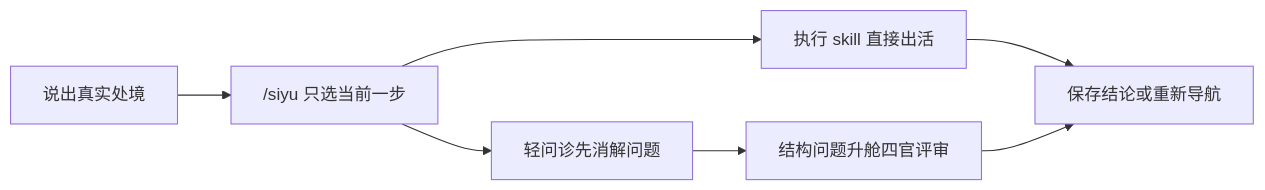
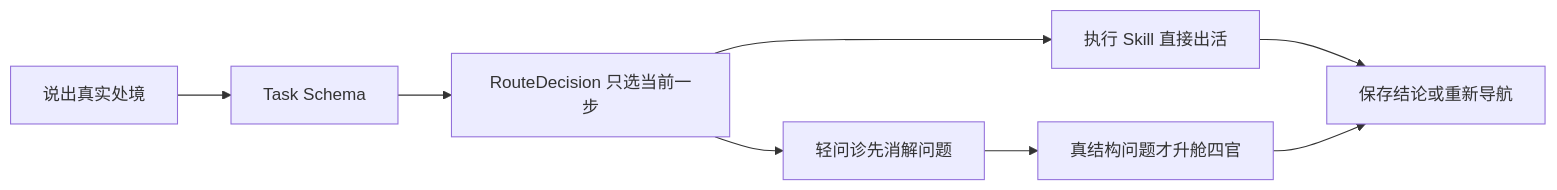
Before and after one commit to maojiebc/majia-siyu-team: the diagram in README.md, drawn with Mermaid. The commit also changed other lines of this file and 34 other files, not shown here.

````diff
--- a/README.md
+++ b/README.md
@@ -74,9 +76,10 @@
 ```mermaid
 flowchart LR
-    A["说出真实处境"] --> B["/siyu 只选当前一步"]
-    B --> C["执行 skill 直接出活"]
-    B --> D["轻问诊先消解问题"]
-    D --> E["结构问题升舱四官评审"]
-    C --> F["保存结论或重新导航"]
-    E --> F
+    A["说出真实处境"] --> B["Task Schema"]
+    B --> C["RouteDecision 只选当前一步"]
+    C --> D["执行 Skill 直接出活"]
+    C --> E["轻问诊先消解问题"]
+    E --> F["真结构问题才升舱四官"]
+    D --> G["保存结论或重新导航"]
+    F --> G
 ```
````
